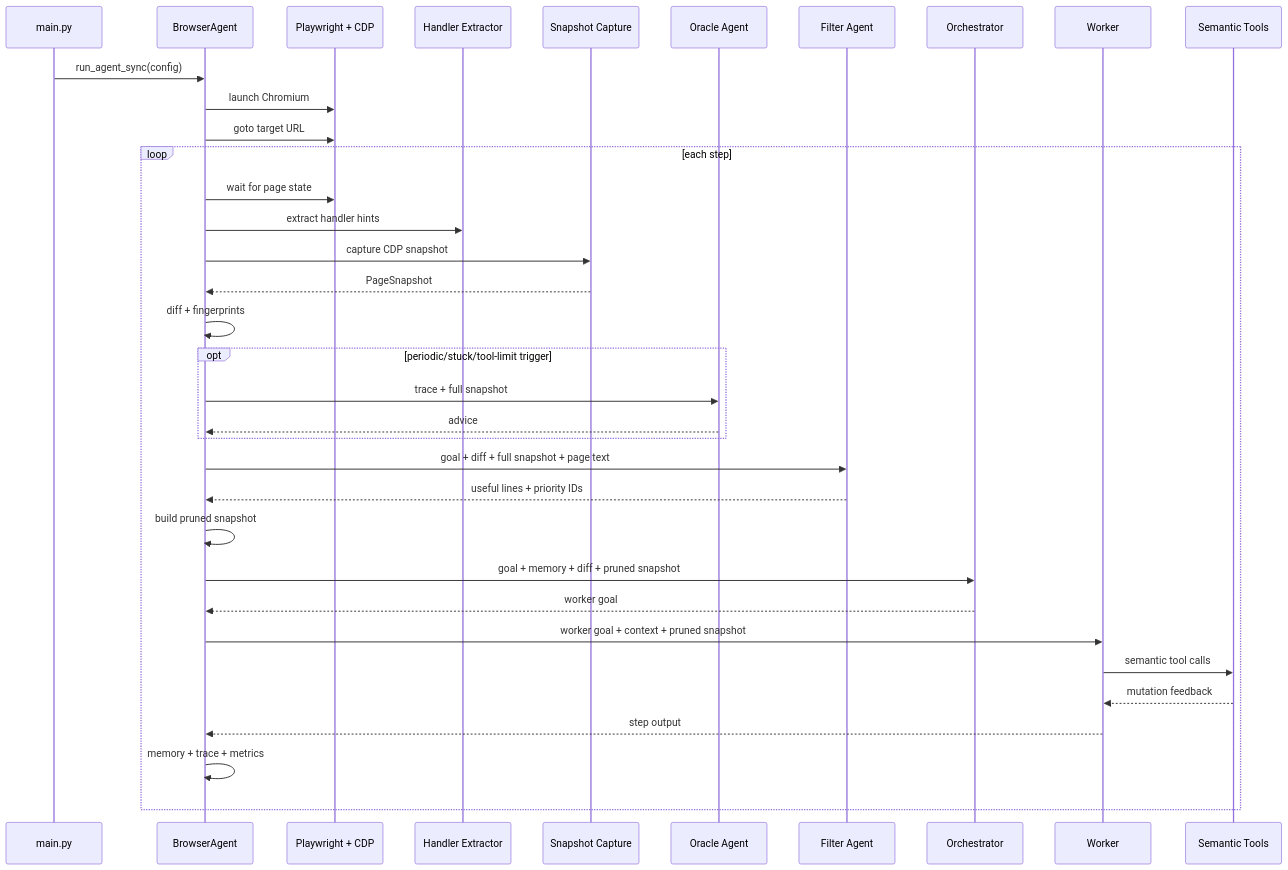
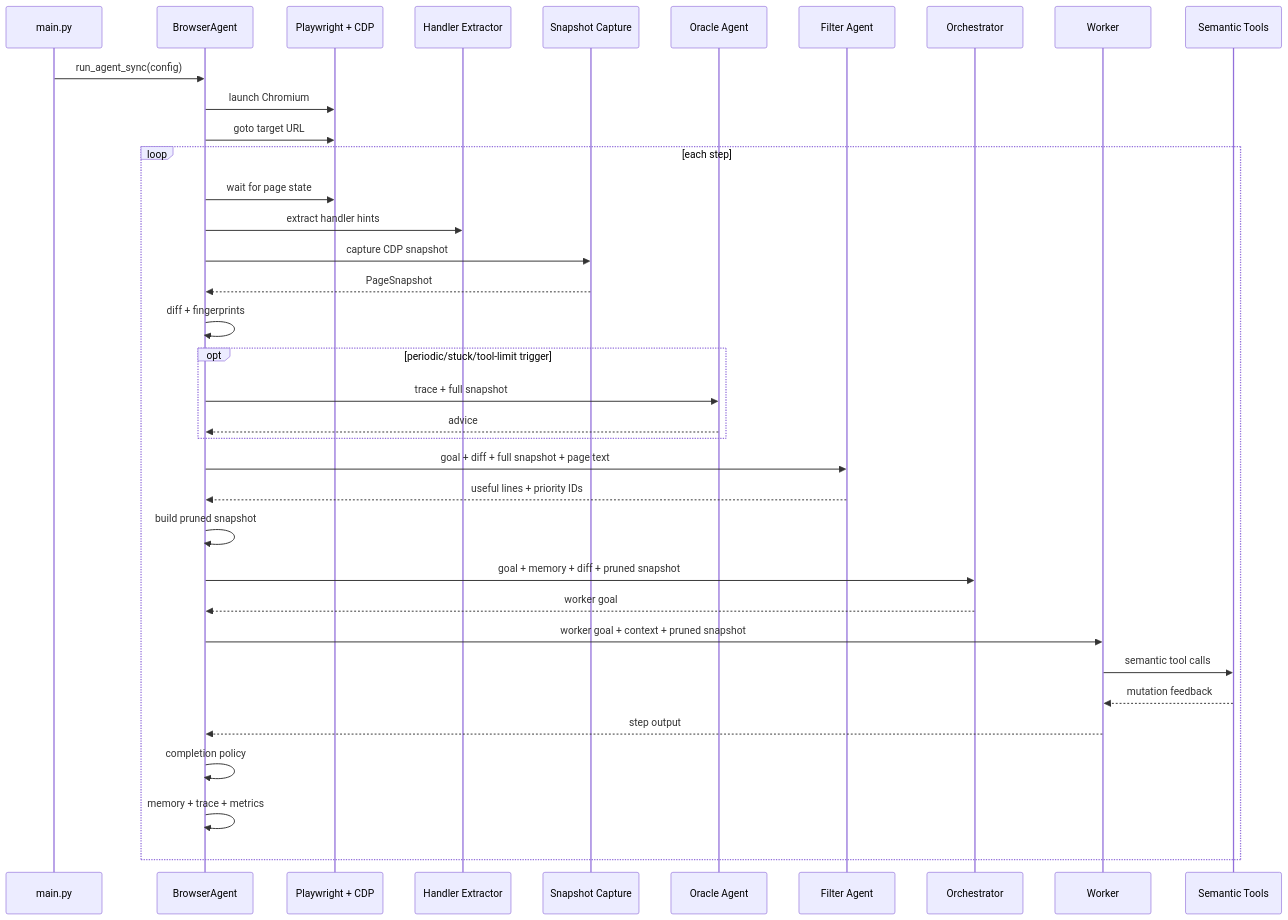
One commit to snehalyelmati/computer-use-perf changed the second of 2 diagrams in docs/architecture.md. Above: the diagram before and after it, drawn with Mermaid. The commit also changed other lines of this file and 27 other files, not shown here.

````diff
--- a/docs/architecture.md
+++ b/docs/architecture.md
@@ -64,38 +65,39 @@
 ```mermaid
 sequenceDiagram
     participant Main as main.py
     participant Agent as BrowserAgent
     participant Browser as Playwright + CDP
     participant Handler as Handler Extractor
     participant Snapshot as Snapshot Capture
     participant Oracle as Oracle Agent
     participant Filter as Filter Agent
     participant Orch as Orchestrator
     participant Worker as Worker
     participant Tools as Semantic Tools
 
     Main->>Agent: run_agent_sync(config)
     Agent->>Browser: launch Chromium
     Agent->>Browser: goto target URL
     loop each step
         Agent->>Browser: wait for page state
         Agent->>Handler: extract handler hints
         Agent->>Snapshot: capture CDP snapshot
         Snapshot-->>Agent: PageSnapshot
         Agent->>Agent: diff + fingerprints
         opt periodic/stuck/tool-limit trigger
             Agent->>Oracle: trace + full snapshot
             Oracle-->>Agent: advice
         end
         Agent->>Filter: goal + diff + full snapshot + page text
         Filter-->>Agent: useful lines + priority IDs
         Agent->>Agent: build pruned snapshot
         Agent->>Orch: goal + memory + diff + pruned snapshot
         Orch-->>Agent: worker goal
         Agent->>Worker: worker goal + context + pruned snapshot
         Worker->>Tools: semantic tool calls
         Tools-->>Worker: mutation feedback
         Worker-->>Agent: step output
+        Agent->>Agent: completion policy
         Agent->>Agent: memory + trace + metrics
     end
 ```
````
